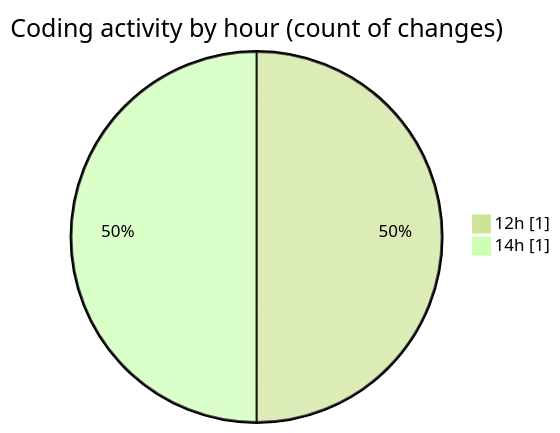
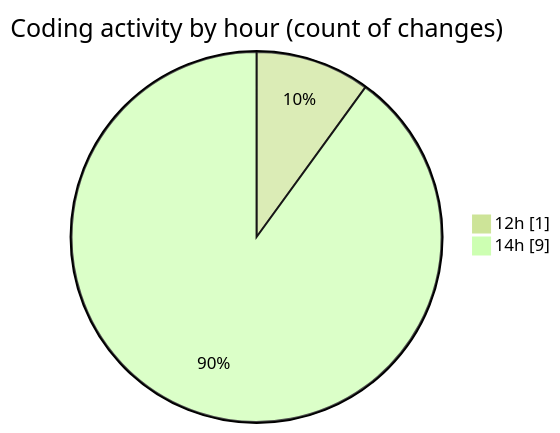
One commit to nxtqubesakshisongat/code-tracking changed the second of 2 diagrams in 2025-06-18/nxtqube_webapp/README.md. Above: the diagram before and after it, drawn with Mermaid (forest theme). The commit also changed other lines of this file and 1 other file, not shown here.

````diff
--- a/2025-06-18/nxtqube_webapp/README.md
+++ b/2025-06-18/nxtqube_webapp/README.md
@@ -28,6 +30,6 @@
 ```mermaid
 pie showData
 title Coding activity by hour (count of changes)
 "12h" : 1
-"14h" : 1
+"14h" : 9
 ```
````
